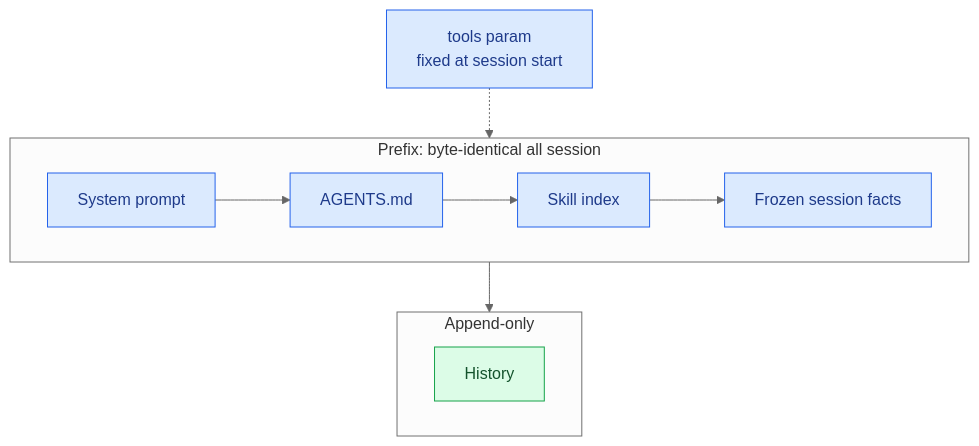
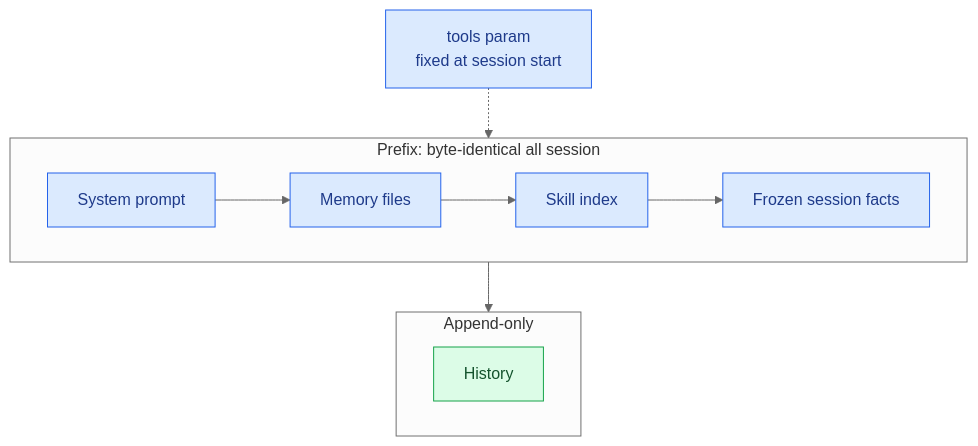
One commit to fzzinchemical/Praxis changed the fifth of 12 diagrams in docs/SPEC.md. Above: the diagram before and after it, drawn with Mermaid (neutral theme). The commit also changed other lines of this file and 15 other files, not shown here.

````diff
--- a/docs/SPEC.md
+++ b/docs/SPEC.md
@@ -395,20 +395,20 @@
 ```mermaid
 flowchart TB
     tools["tools param<br/>fixed at session start"] -.-> prefix
 
     subgraph prefix["Prefix: byte-identical all session"]
         direction LR
-        system["System prompt"] --> agents["AGENTS.md"] --> skills["Skill index"] --> facts["Frozen session facts"]
+        system["System prompt"] --> agents["Memory files"] --> skills["Skill index"] --> facts["Frozen session facts"]
     end
 
     subgraph growing["Append-only"]
         history["History"]
     end
 
     prefix --> growing
 
     classDef fixed fill:#dbeafe,stroke:#2563eb,color:#1e3a8a
     classDef grows fill:#dcfce7,stroke:#16a34a,color:#14532d
     class tools,system,agents,skills,facts fixed
     class history grows
 ```
````
